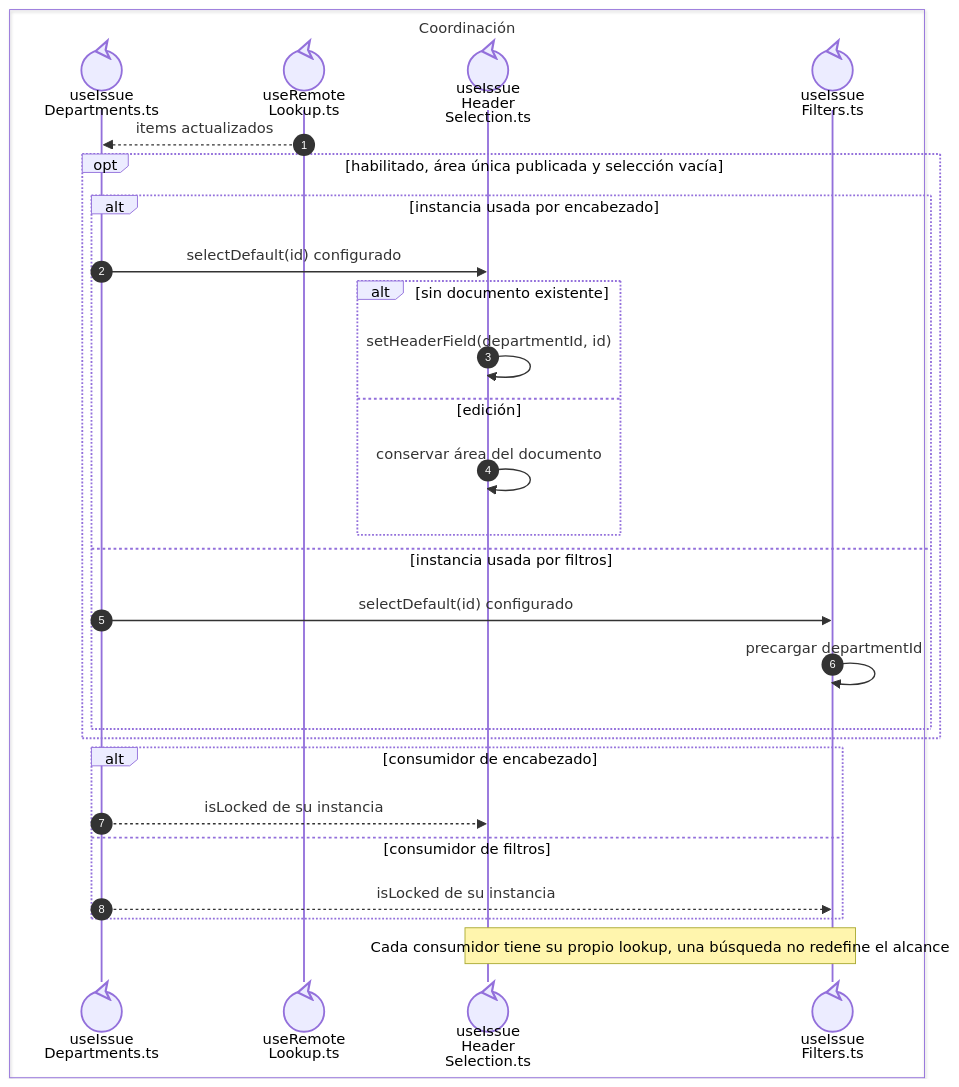
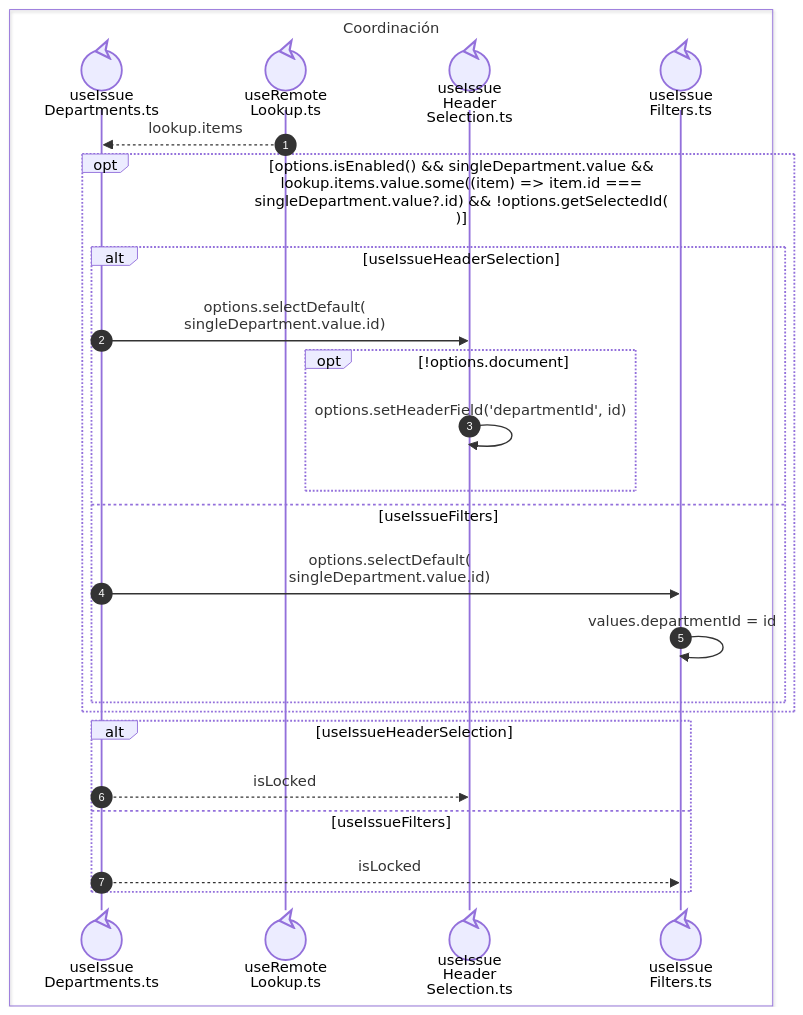
One commit to gpgsistemas01/nexus changed the second of 2 diagrams in front/docs/architecture/views/processes/07-issues/04-department-scope.md. Above: the diagram before and after it, drawn with Mermaid. The commit also changed other lines of this file and 43 other files, not shown here.

````diff
--- a/front/docs/architecture/views/processes/07-issues/04-department-scope.md
+++ b/front/docs/architecture/views/processes/07-issues/04-department-scope.md
@@ -53,30 +45,27 @@
 ```mermaid
 sequenceDiagram
     autonumber
     box Coordinación
     participant Scope@{ "type": "control" } as useIssue<br/>Departments.ts
     participant Lookup@{ "type": "control" } as useRemote<br/>Lookup.ts
     participant Header@{ "type": "control" } as useIssue<br/>Header<br/>Selection.ts
     participant Filters@{ "type": "control" } as useIssue<br/>Filters.ts
     end
-    Lookup-->>Scope: items actualizados
-    opt habilitado, área única publicada y selección vacía
-        alt instancia usada por encabezado
-            Scope->>Header: selectDefault(id) configurado
-            alt sin documento existente
-                Header->>Header: setHeaderField(departmentId, id)
-            else edición
-                Header->>Header: conservar área del documento
+    Lookup-->>Scope: nowrap: lookup.items
+    opt nowrap: options.isEnabled() && singleDepartment.value &&<br/>lookup.items.value.some((item) => item.id ===<br/>singleDepartment.value?.id) && !options.getSelectedId(<br/>)
+        alt nowrap: useIssueHeaderSelection
+            Scope->>Header: nowrap: options.selectDefault(<br/>singleDepartment.value.id)
+            opt nowrap: !options.document
+                Header->>Header: nowrap: options.setHeaderField('departmentId', id)
             end
-        else instancia usada por filtros
-            Scope->>Filters: selectDefault(id) configurado
-            Filters->>Filters: precargar departmentId
+        else nowrap: useIssueFilters
+            Scope->>Filters: nowrap: options.selectDefault(<br/>singleDepartment.value.id)
+            Filters->>Filters: nowrap: values.departmentId = id
         end
     end
-    alt consumidor de encabezado
-        Scope-->>Header: isLocked de su instancia
-    else consumidor de filtros
-        Scope-->>Filters: isLocked de su instancia
+    alt nowrap: useIssueHeaderSelection
+        Scope-->>Header: nowrap: isLocked
+    else nowrap: useIssueFilters
+        Scope-->>Filters: nowrap: isLocked
     end
-    Note over Header,Filters: Cada consumidor tiene su propio lookup, una búsqueda no redefine el alcance
 ```
````
